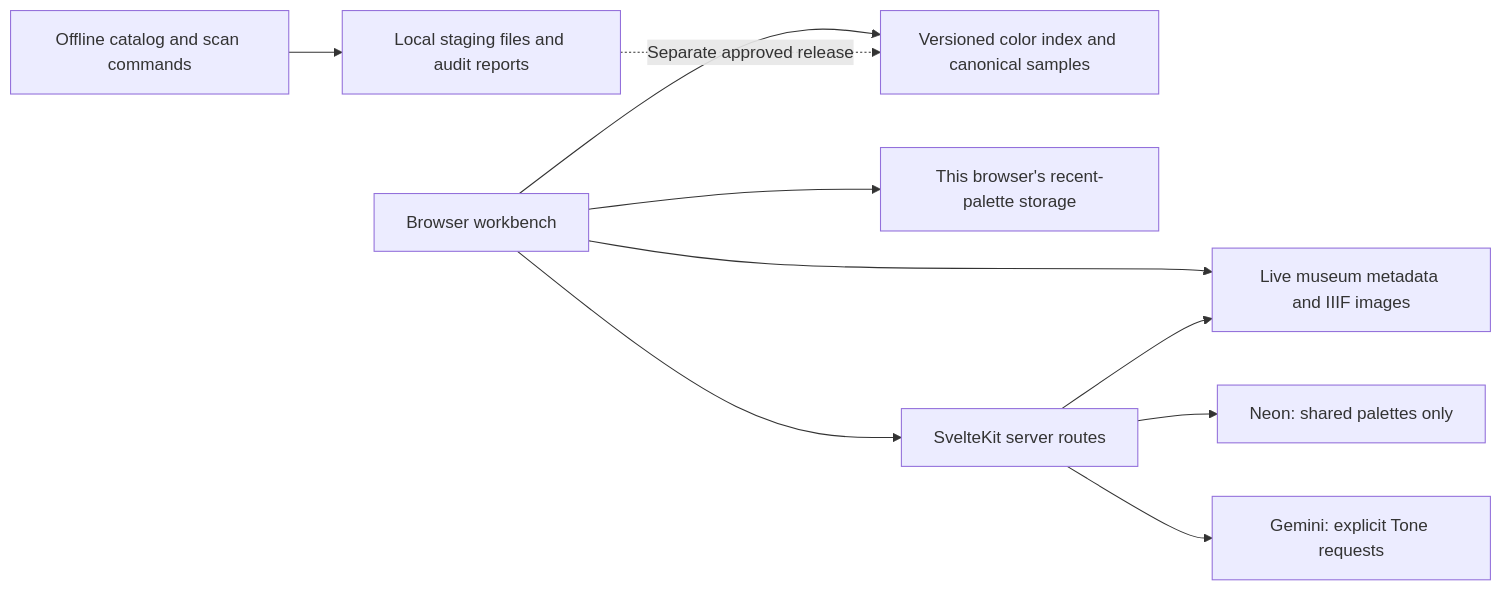
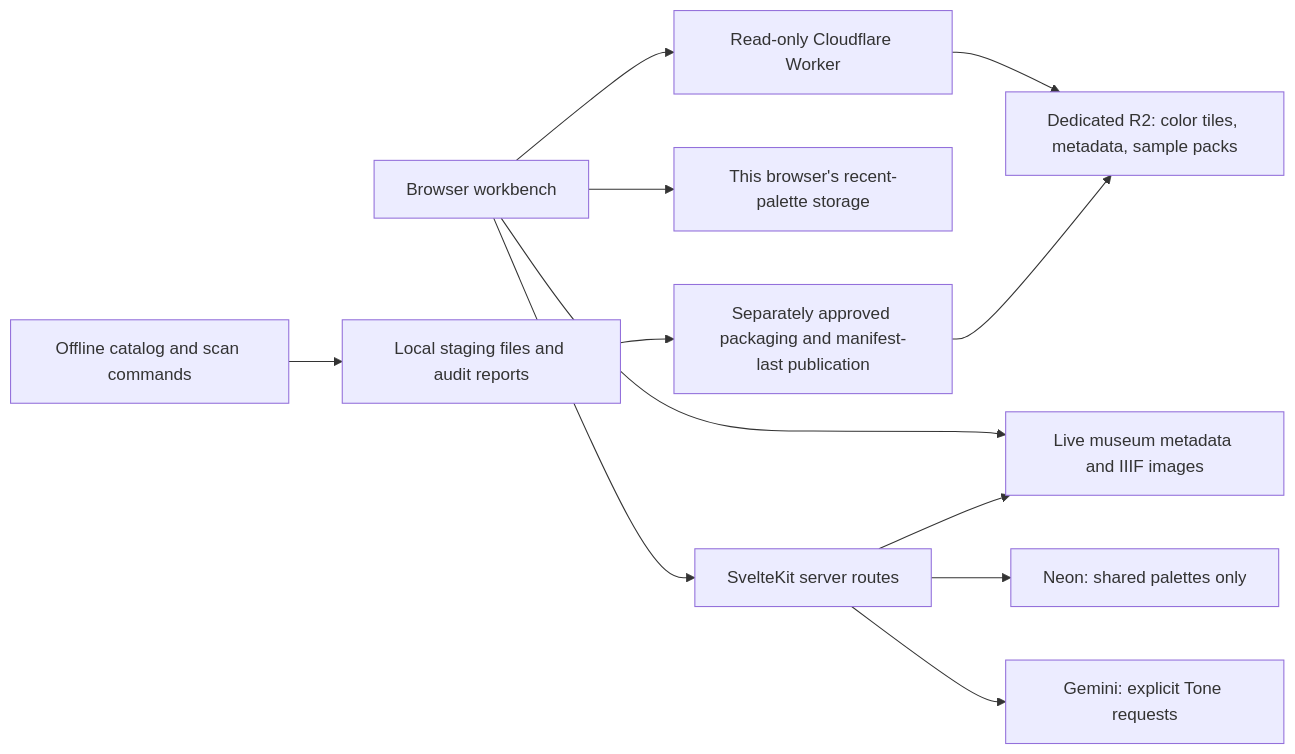
One commit to JessePomeroy/aic-palette-gen changed the diagram in docs/architecture.md. Above: the diagram before and after it, drawn with Mermaid. The commit also changed other lines of this file and 34 other files, not shown here.

Commit message:
feat: publish full artwork index and synchronize release docs

````diff
--- a/docs/architecture.md
+++ b/docs/architecture.md
@@ -9,12 +9,14 @@
 ```mermaid
 flowchart LR
   Browser[Browser workbench] --> Museum[Live museum metadata and IIIF images]
-  Browser --> Assets[Versioned color index and canonical samples]
+  Browser --> Gateway[Read-only Cloudflare Worker]
+  Gateway --> Assets[Dedicated R2: color tiles, metadata, sample packs]
   Browser --> History[This browser's recent-palette storage]
   Browser --> Server[SvelteKit server routes]
   Server --> Neon[Neon: shared palettes only]
   Server --> Gemini[Gemini: explicit Tone requests]
   Server --> Museum
   Offline[Offline catalog and scan commands] --> Staging[Local staging files and audit reports]
-  Staging -. Separate approved release .-> Assets
+  Staging --> Publish[Separately approved packaging and manifest-last publication]
+  Publish --> Assets
 ```
````
